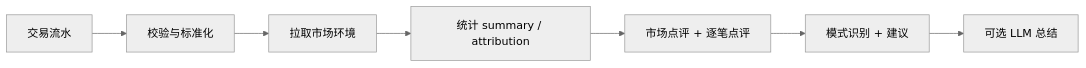
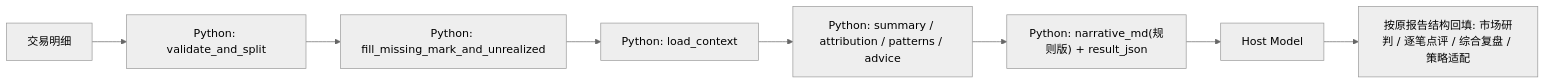
The diagram in skill-trade-review/README.md (quantskills/skill-trade-review), drawn with Mermaid (neutral theme) before and after one commit. The commit also changed other lines of this file and 1 other file, not shown here.

Commit message:
trade-review: finalize host-model handoff docs

````diff
--- a/skill-trade-review/README.md
+++ b/skill-trade-review/README.md
@@ -27,9 +38,10 @@
 ```mermaid
 flowchart LR
-    A["交易流水"] --> B["校验与标准化"]
-    B --> C["拉取市场环境"]
-    C --> D["统计 summary / attribution"]
-    D --> E["市场点评 + 逐笔点评"]
-    E --> F["模式识别 + 建议"]
-    F --> G["可选 LLM 总结"]
+    A["交易明细"] --> B["Python: validate_and_split"]
+    B --> C["Python: fill_missing_mark_and_unrealized"]
+    C --> D["Python: load_context"]
+    D --> E["Python: summary / attribution / patterns / advice"]
+    E --> F["Python: narrative_md(规则版) + result_json"]
+    F --> G["Host Model"]
+    G --> H["按原报告结构回填: 市场研判 / 逐笔点评 / 综合复盘 / 策略适配"]
 ```
````
